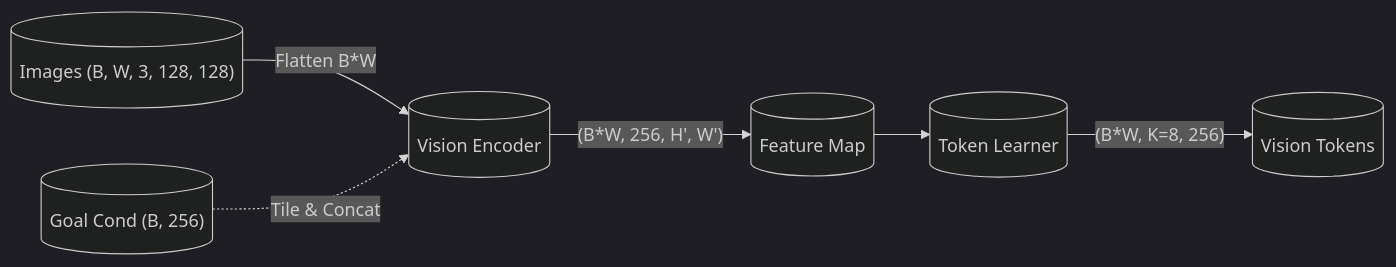
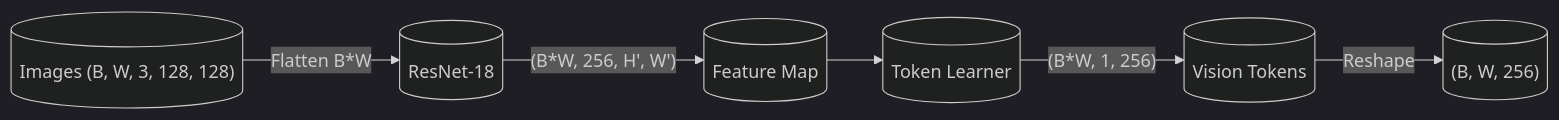
The second of 2 diagrams in docs/model_architecture_vis.md (Thoooomas14/Axis), drawn with Mermaid (dark theme) before and after one commit. The commit also changed other lines of this file and 28 other files, not shown here.

````diff
--- a/docs/model_architecture_vis.md
+++ b/docs/model_architecture_vis.md
@@ -88,8 +93,8 @@
-``` mermaid
+```mermaid
 graph LR
-    I[("Images (B, W, 3, 128, 128)")] -->|Flatten B*W| VE[("Vision Encoder")]
-    C[("Goal Cond (B, 256)")] -.->|Tile & Concat| VE
+    I[("Images (B, W, 3, 128, 128)")] -->|Flatten B*W| VE[("ResNet-18")]
     VE -->|"(B*W, 256, H', W')"| FM[("Feature Map")]
     FM --> TL[("Token Learner")]
-    TL -->|"(B*W, K=8, 256)"| T[("Vision Tokens")]
+    TL -->|"(B*W, 1, 256)"| T[("Vision Tokens")]
+    T -->|Reshape| OUT[("(B, W, 256)")]
 ```
````
